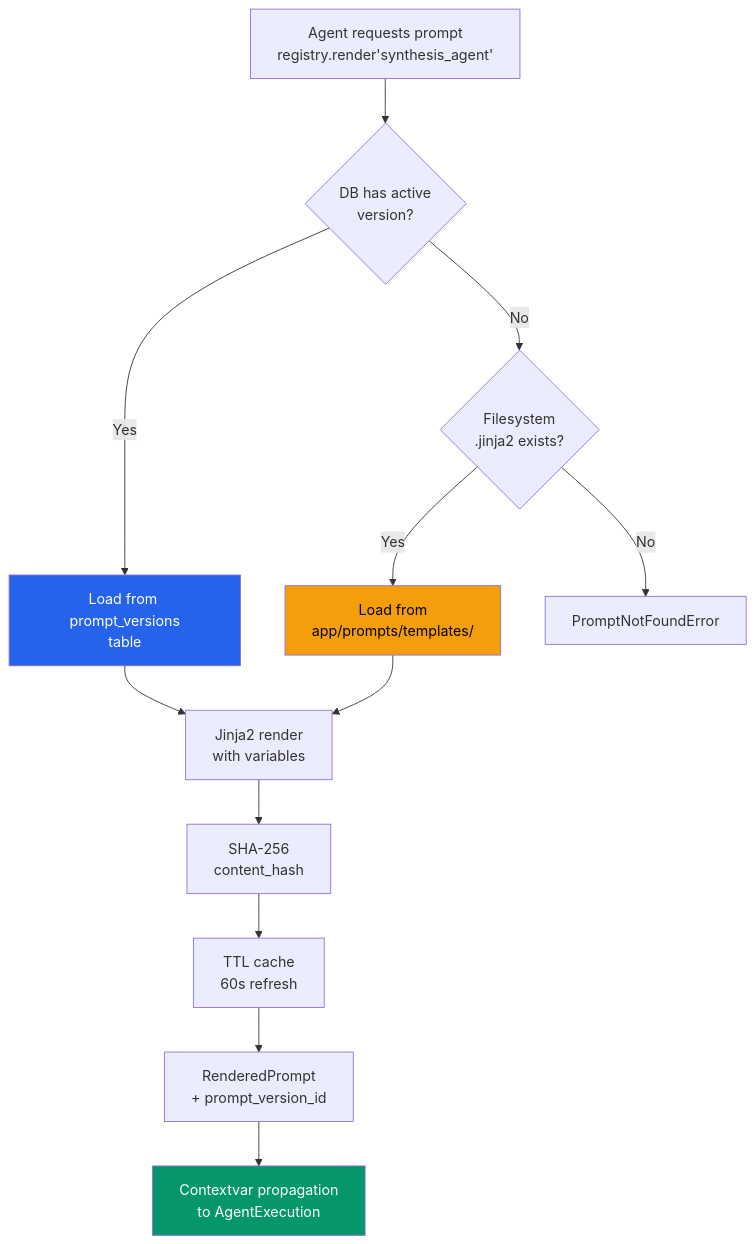
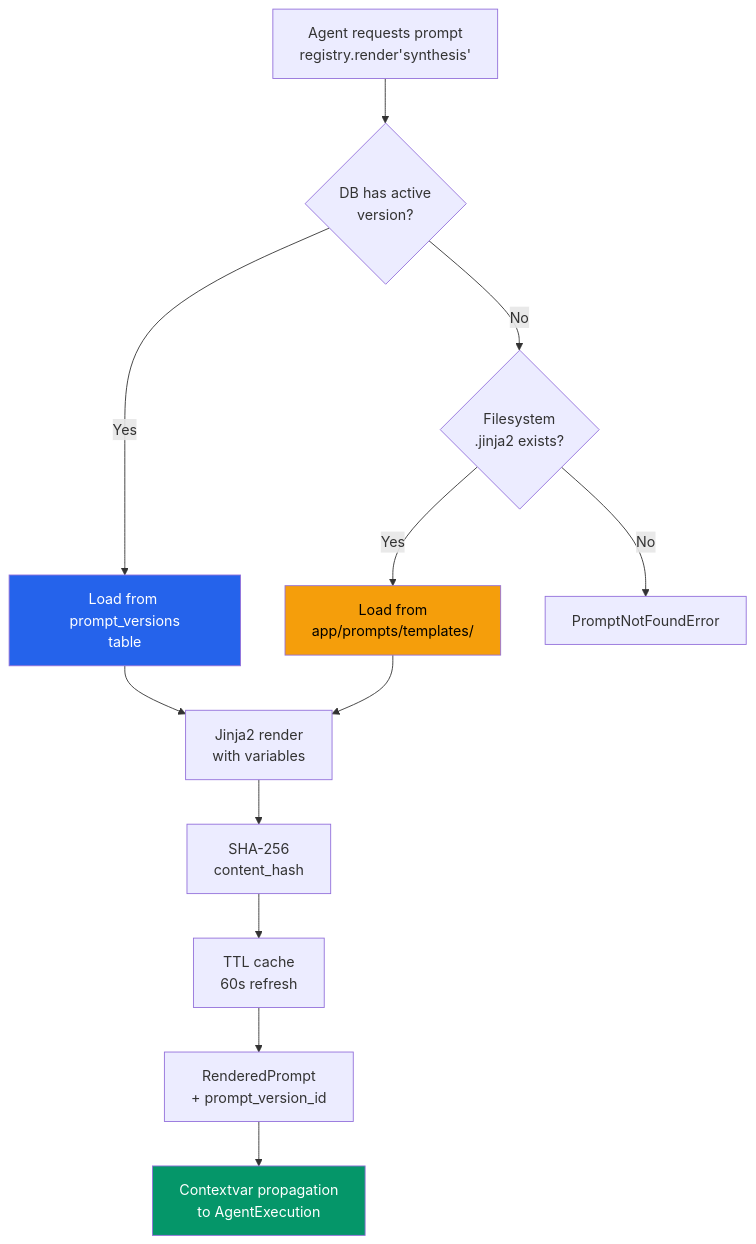
Before and after one commit to Tsunami-max/trust-relay-docs: the second of 4 diagrams in docs/architecture/prompt-management.md, drawn with Mermaid. The commit also changed other lines of this file and 177 other files, not shown here.

````diff
--- a/docs/architecture/prompt-management.md
+++ b/docs/architecture/prompt-management.md
@@ -56,23 +61,23 @@
 ```mermaid
 graph TD
-    REQ[Agent requests prompt<br/>registry.render'synthesis_agent']
+    REQ[Agent requests prompt<br/>registry.render'synthesis']
 
     REQ --> DB_CHECK{DB has active<br/>version?}
     DB_CHECK -->|Yes| DB_LOAD[Load from prompt_versions<br/>table]
     DB_CHECK -->|No| FS_CHECK{Filesystem<br/>.jinja2 exists?}
     FS_CHECK -->|Yes| FS_LOAD[Load from<br/>app/prompts/templates/]
     FS_CHECK -->|No| ERROR[PromptNotFoundError]
 
     DB_LOAD --> RENDER[Jinja2 render<br/>with variables]
     FS_LOAD --> RENDER
 
     RENDER --> HASH[SHA-256<br/>content_hash]
     HASH --> CACHE[TTL cache<br/>60s refresh]
     CACHE --> OUT[RenderedPrompt<br/>+ prompt_version_id]
 
     OUT --> CV[Contextvar propagation<br/>to AgentExecution]
 
     style DB_LOAD fill:#2563eb,color:#fff
     style FS_LOAD fill:#f59e0b,color:#000
     style CV fill:#059669,color:#fff
 ```
````
